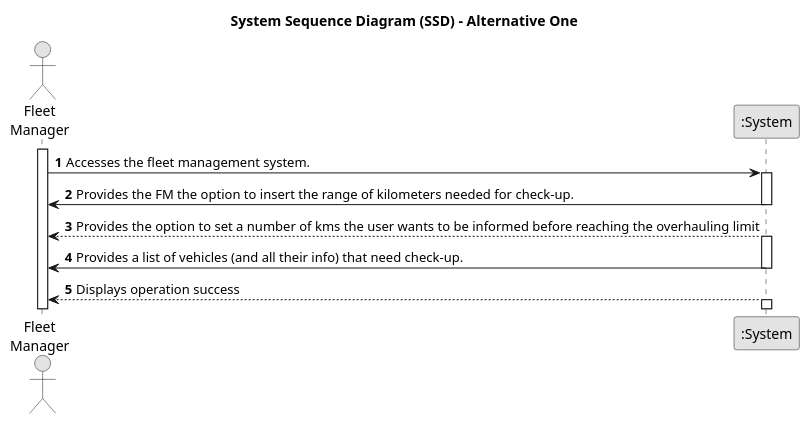
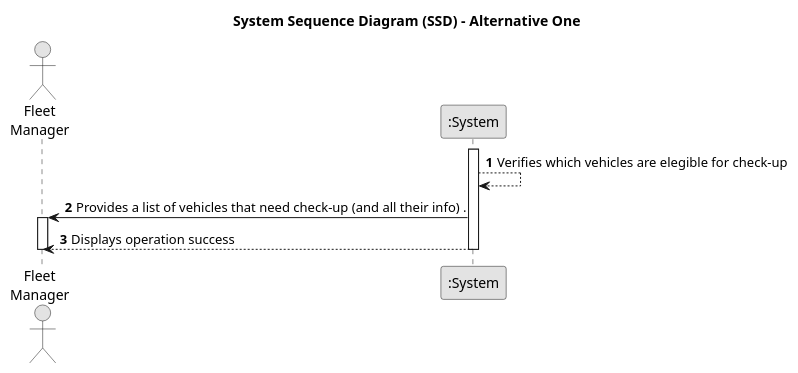
The diagram in docs/sprintA/us008/01.requirements-engineering/puml/us008-system-sequence-diagram-alternative-one.puml (SAEmanuel/Green_Spaces_Management_ISEP), drawn with PlantUML before and after one commit. The commit also changed 5 other files, not shown here.

```diff
--- a/docs/sprintA/us008/01.requirements-engineering/puml/us008-system-sequence-diagram-alternative-one.puml
+++ b/docs/sprintA/us008/01.requirements-engineering/puml/us008-system-sequence-diagram-alternative-one.puml
@@ -1,30 +1,24 @@
 @startuml
 skinparam monochrome true
 skinparam packageStyle rectangle
 skinparam shadowing false
 
 title System Sequence Diagram (SSD) - Alternative One
 
 autonumber
 
 actor "Fleet\nManager" as FM
 participant ":System" as System
 
-activate FM
+        activate System
+        System --> System: Verifies which vehicles are elegible for check-up
 
-    FM -> System : Accesses the fleet management system.
-    activate System
 
-    System -> FM : Provides the FM the option to insert the range of kilometers needed for check-up.
+        System -> FM : Provides a list of vehicles that need check-up (and all their info) .
+        activate FM
+
+        System --> FM : Displays operation success
+        deactivate FM
         deactivate System
 
-        System --> FM : Provides the option to set a number of kms the user wants to be informed before reaching the overhauling limit
-    activate System
-
-    System -> FM : Provides a list of vehicles (and all their info) that need check-up.
-    deactivate System
-
-        System --> FM : Displays operation success
-    activate System
-
 @enduml
```
